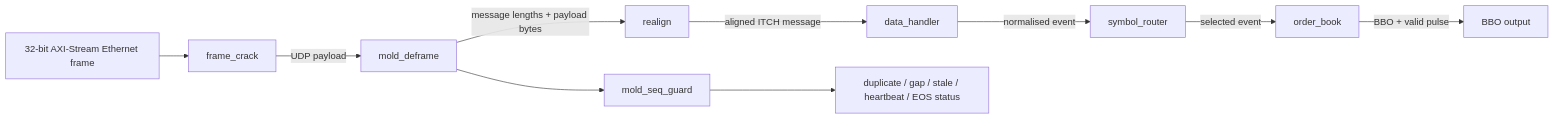
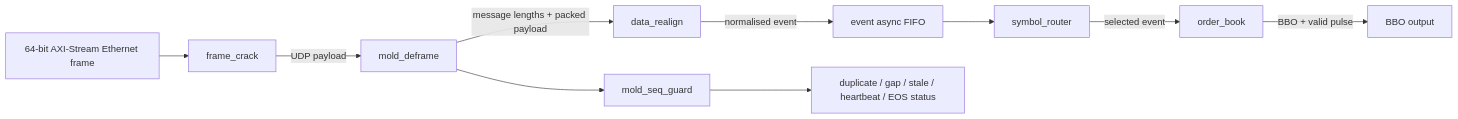
Before and after one commit to an-thony350/ITCH-Feed-Handler-and-Order-Book: the second of 4 diagrams in README.md, drawn with Mermaid. The commit also changed other lines of this file, not shown here.

````diff
--- a/README.md
+++ b/README.md
@@ -104,13 +111,13 @@
 ```mermaid
 flowchart LR
-    A[32-bit AXI-Stream Ethernet frame] --> B[frame_crack]
+    A[64-bit AXI-Stream Ethernet frame] --> B[frame_crack]
     B -->|UDP payload| C[mold_deframe]
-    C -->|message lengths + payload bytes| D[realign]
-    D -->|aligned ITCH message| E[data_handler]
-    E -->|normalised event| F[symbol_router]
+    C -->|message lengths + packed payload| D[data_realign]
+    D -->|normalised event| E[event async FIFO]
+    E --> F[symbol_router]
     F -->|selected event| G[order_book]
     G -->|BBO + valid pulse| H[BBO output]
 
     C --> I[mold_seq_guard]
     I --> J[duplicate / gap / stale / heartbeat / EOS status]
 ```
````
